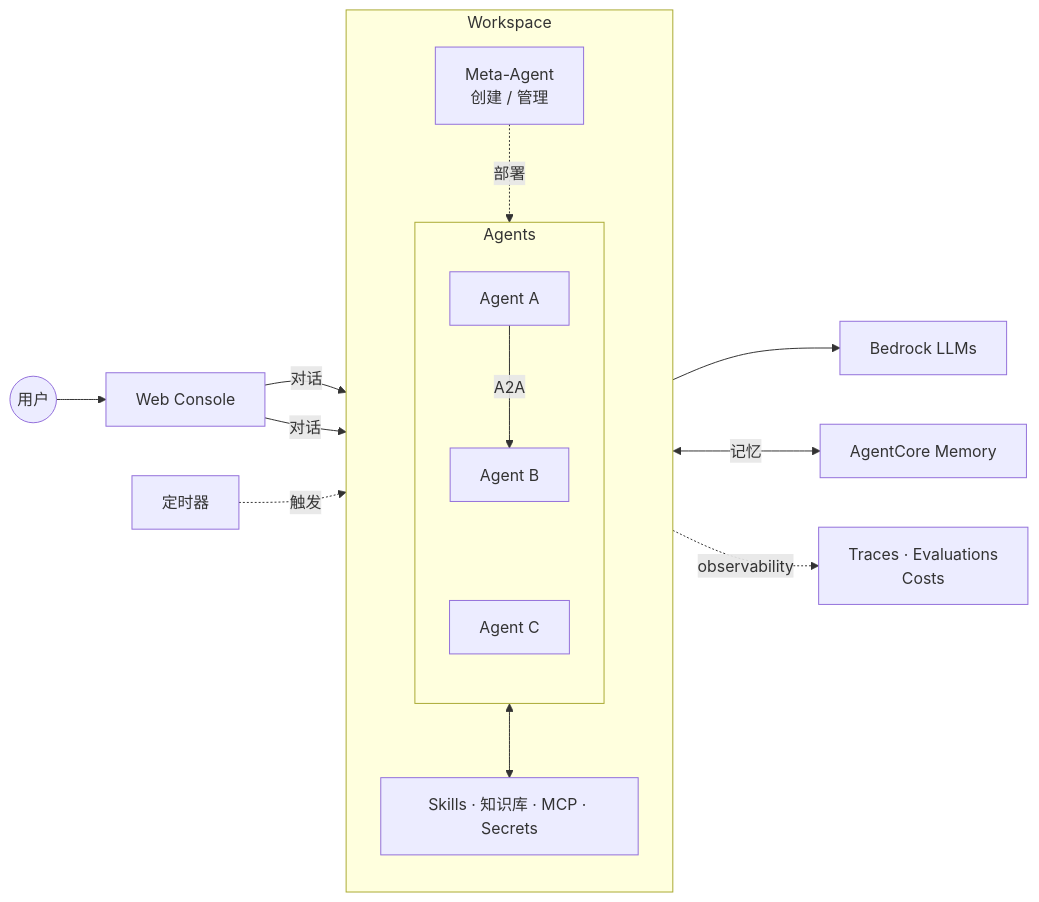
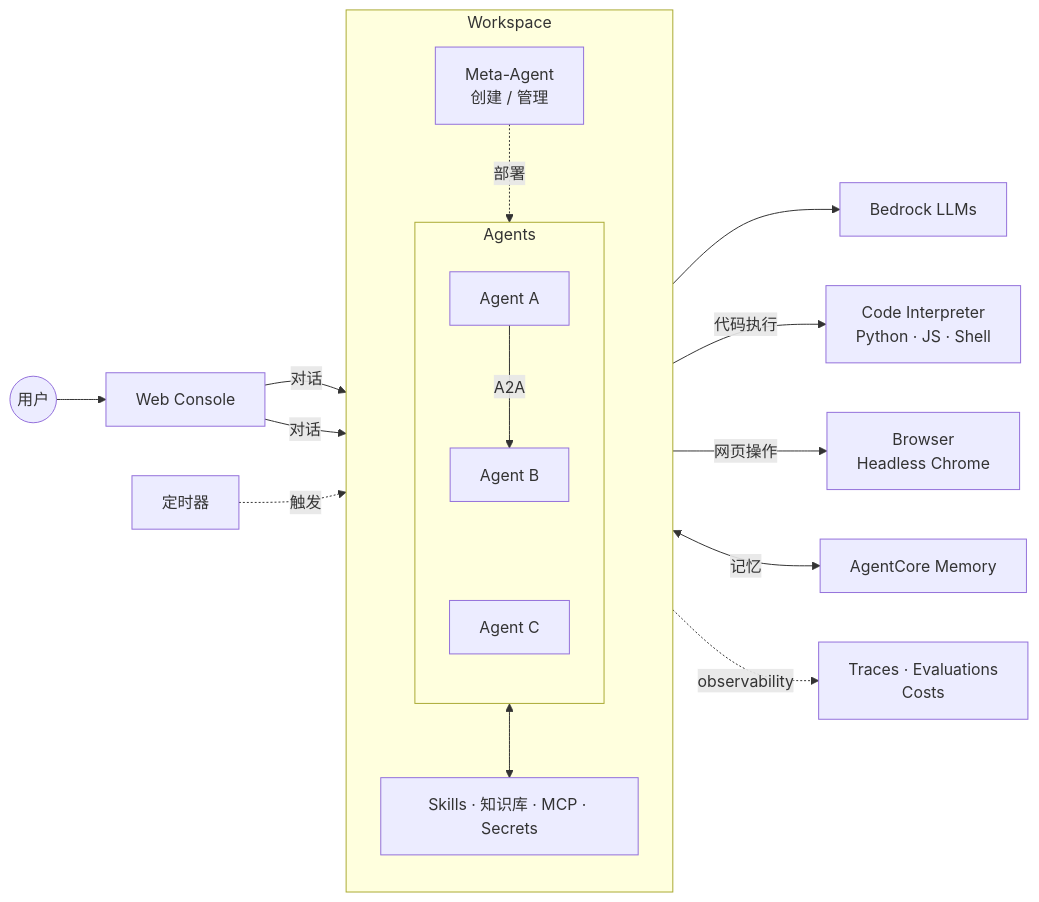
The first of 2 diagrams in README.md (ddpie/agent-studio), drawn with Mermaid before and after one commit. The commit also changed other lines of this file, not shown here.

Commit message:
docs(readme): add Code Interpreter and Browser to architecture diagram
Shows AgentCore platform capabilities (Code Interpreter sandbox
supporting Python/JS/Shell, and headless Chrome browser) as explicit
nodes connected to the Agents cluster.

````diff
--- a/README.md
+++ b/README.md
@@ -48,25 +48,27 @@
 ```mermaid
 graph LR
     User((用户)) --> Web[Web Console]
     Cron[定时器]
 
     subgraph Workspace
         direction TB
         Meta[Meta-Agent<br/>创建 / 管理]
         subgraph Agents
             direction TB
             A1[Agent A] -->|A2A| A2[Agent B]
             A2 ~~~ A3[Agent C]
         end
         Res[Skills · 知识库 · MCP · Secrets]
     end
 
     Web -->|对话| Meta
     Web -->|对话| Agents
     Meta -.部署.-> Agents
     Cron -.触发.-> Agents
     Agents --> LLM[Bedrock LLMs]
     Agents <--> Res
+    Agents -->|代码执行| CI[Code Interpreter<br/>Python · JS · Shell]
+    Agents -->|网页操作| BW[Browser<br/>Headless Chrome]
     Agents <-->|记忆| Mem[AgentCore Memory]
     Agents -.observability.-> Obs[Traces · Evaluations<br/>Costs]
 ```
````
